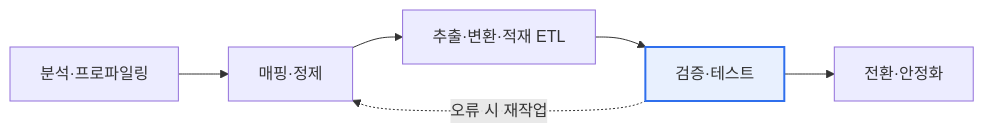
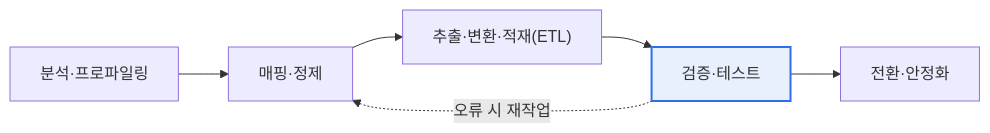
One commit to coninggu/wjdqhrhksflrltnftk changed the first of 2 diagrams in content/data-migration.md. Above: the diagram before and after it, drawn with Mermaid. The commit also changed other lines of this file and 3 other files, not shown here.

````diff
--- a/content/data-migration.md
+++ b/content/data-migration.md
@@ -21,6 +31,6 @@
 ```mermaid
 flowchart LR
-  A[분석·프로파일링] --> B[매핑·정제] --> C[추출·변환·적재 ETL] --> D[검증·테스트] --> E[전환·안정화]
-  D -. 오류 시 재작업 .-> B
+  A["분석·프로파일링"] --> B["매핑·정제"] --> C["추출·변환·적재(ETL)"] --> D["검증·테스트"] --> E["전환·안정화"]
+  D -. "오류 시 재작업" .-> B
   style D fill:#e8f0fe,stroke:#2f6fed,stroke-width:2px
 ```
````
